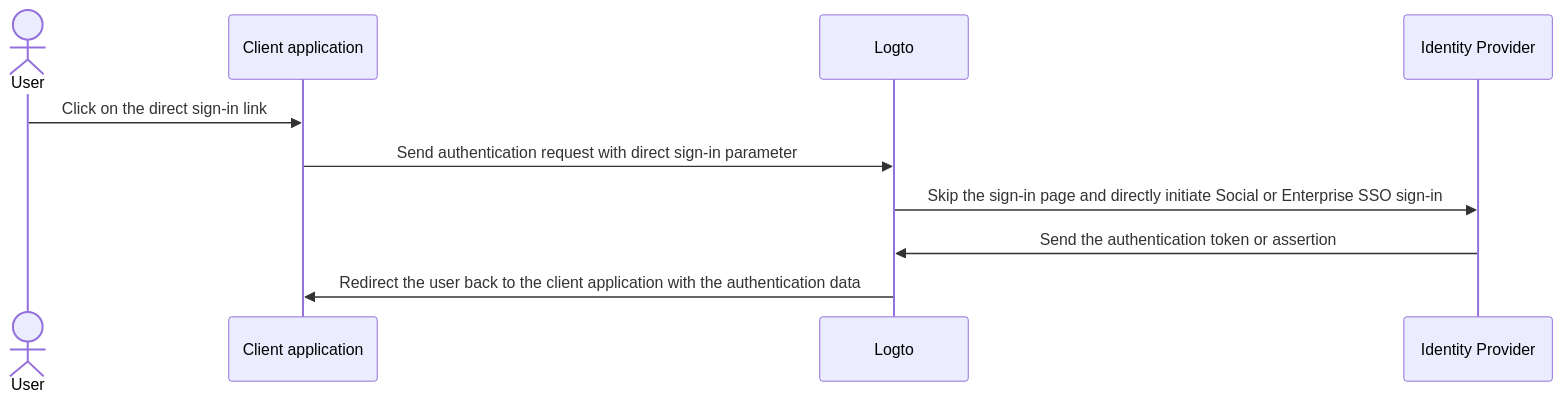
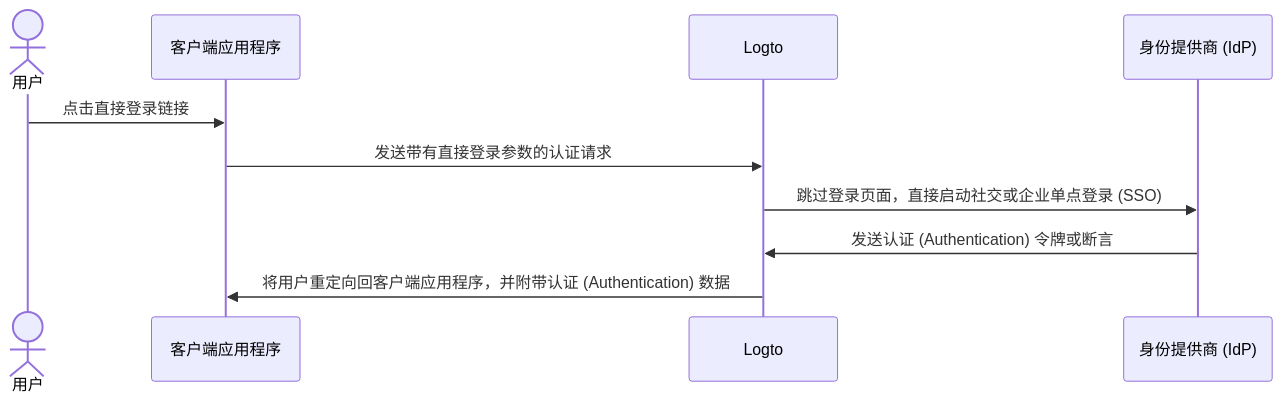
One commit to logto-io/docs changed the diagram in i18n/zh-CN/docusaurus-plugin-content-docs/current/end-user-flows/authentication-parameters/direct-sign-in.mdx. Above: the diagram before and after it, drawn with Mermaid. The commit also changed other lines of this file and 449 other files, not shown here.

````diff
--- a/i18n/zh-CN/docusaurus-plugin-content-docs/current/end-user-flows/authentication-parameters/direct-sign-in.mdx
+++ b/i18n/zh-CN/docusaurus-plugin-content-docs/current/end-user-flows/authentication-parameters/direct-sign-in.mdx
@@ -11,13 +11,13 @@
 ```mermaid
 sequenceDiagram
-    actor user as User
-    participant app as Client application
+    actor user as 用户
+    participant app as 客户端应用程序
     participant logto as Logto
-    participant idp as Identity Provider
+    participant idp as 身份提供商 (IdP)
 
-    user->>app: Click on the direct sign-in link
-    app->>logto: Send authentication request with direct sign-in parameter
-    logto->>idp: Skip the sign-in page and directly initiate Social or Enterprise SSO sign-in
-    idp->>logto: Send the authentication token or assertion
-    logto->>app: Redirect the user back to the client application with the authentication data
+    user->>app: 点击直接登录链接
+    app->>logto: 发送带有直接登录参数的认证请求
+    logto->>idp: 跳过登录页面，直接启动社交或企业单点登录 (SSO)
+    idp->>logto: 发送认证 (Authentication) 令牌或断言
+    logto->>app: 将用户重定向回客户端应用程序，并附带认证 (Authentication) 数据
 ```
````
